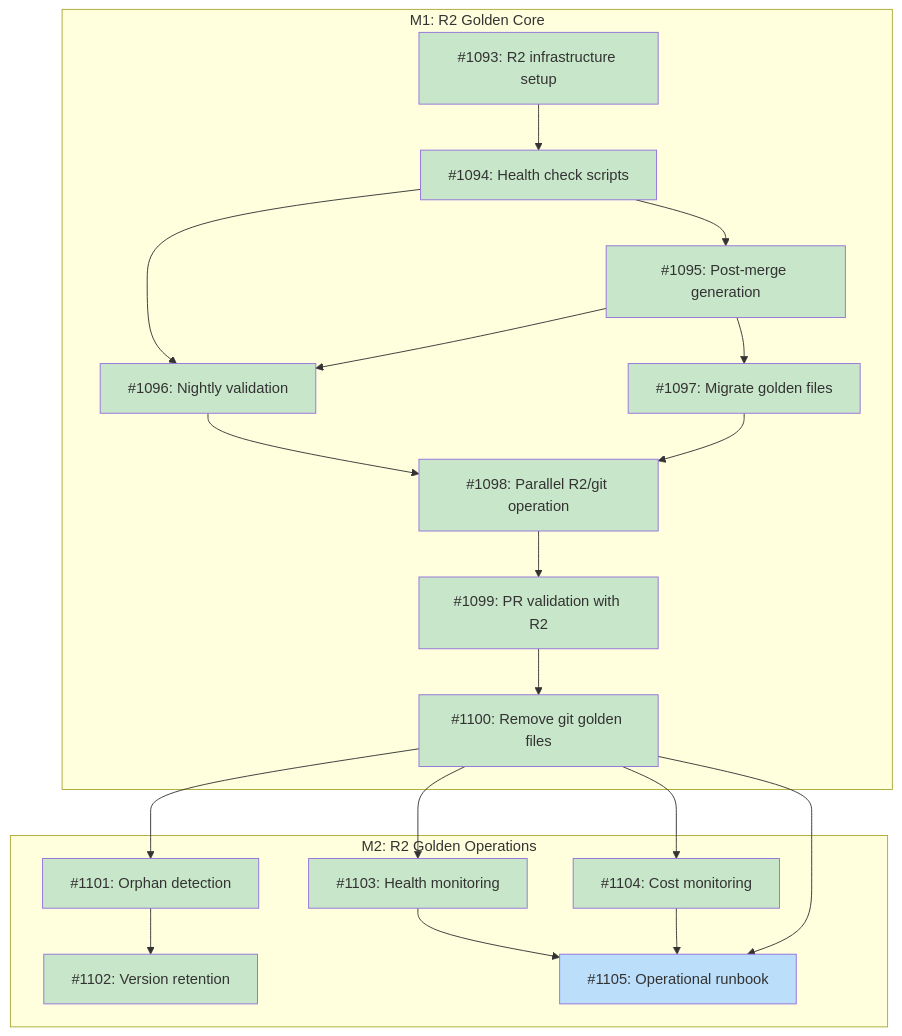
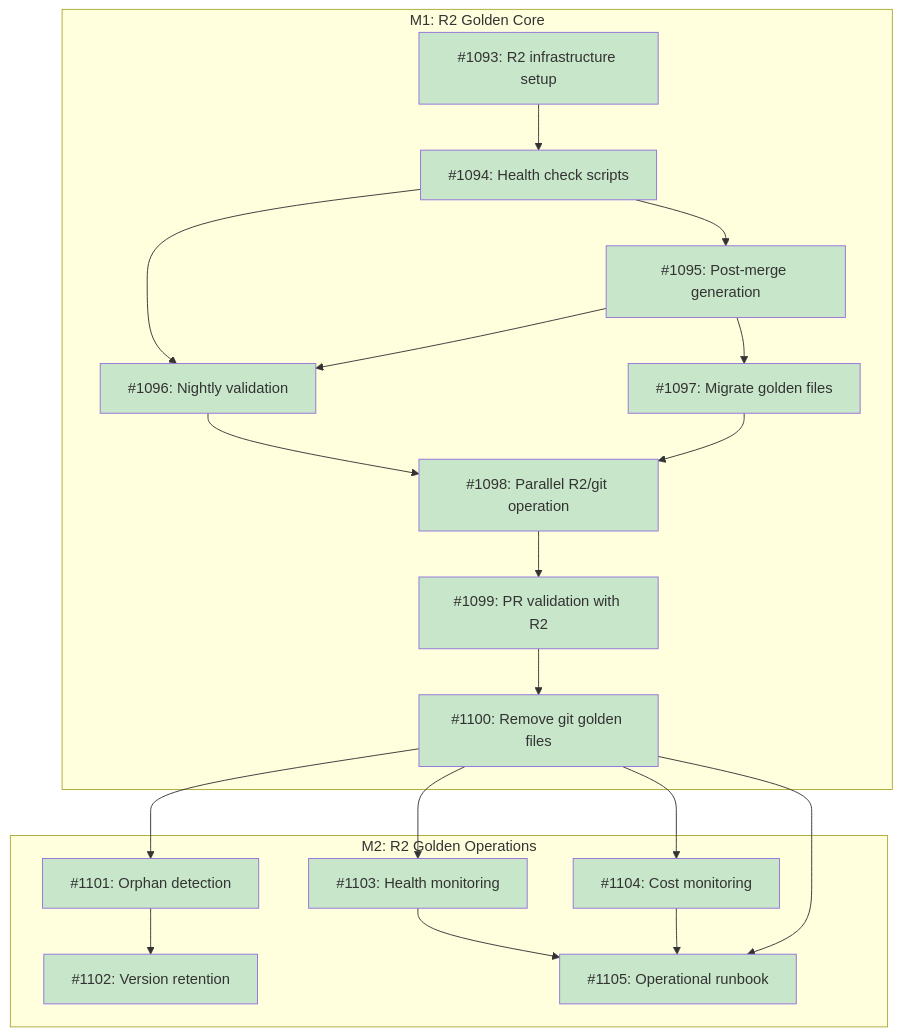
The diagram in docs/designs/DESIGN-r2-golden-storage.md (tsukumogami/tsuku), drawn with Mermaid before and after one commit. The commit also changed 2 other files, not shown here.

Commit message:
docs: create R2 golden files operational runbook (#1145)
Adds comprehensive operational runbook documenting R2 golden storage
procedures including credential rotation, monitoring, troubleshooting,
and degradation response.

The runbook consolidates operational knowledge for the R2 golden storage
system, covering all workflows created in milestone M46 (R2 Golden
Operations).

````diff
--- a/docs/designs/DESIGN-r2-golden-storage.md
+++ b/docs/designs/DESIGN-r2-golden-storage.md
@@ -41,46 +41,45 @@
 ```mermaid
 graph TD
     subgraph M1["M1: R2 Golden Core"]
         I1093["#1093: R2 infrastructure setup"]
         I1094["#1094: Health check scripts"]
         I1095["#1095: Post-merge generation"]
         I1096["#1096: Nightly validation"]
         I1097["#1097: Migrate golden files"]
         I1098["#1098: Parallel R2/git operation"]
         I1099["#1099: PR validation with R2"]
         I1100["#1100: Remove git golden files"]
     end
 
     subgraph M2["M2: R2 Golden Operations"]
         I1101["#1101: Orphan detection"]
         I1102["#1102: Version retention"]
         I1103["#1103: Health monitoring"]
         I1104["#1104: Cost monitoring"]
         I1105["#1105: Operational runbook"]
     end
 
     I1093 --> I1094
     I1094 --> I1095
     I1094 --> I1096
     I1095 --> I1096
     I1095 --> I1097
     I1096 --> I1098
     I1097 --> I1098
     I1098 --> I1099
     I1099 --> I1100
     I1100 --> I1101
     I1101 --> I1102
     I1100 --> I1103
     I1100 --> I1104
     I1103 --> I1105
     I1104 --> I1105
     I1100 --> I1105
 
     classDef done fill:#c8e6c9
     classDef ready fill:#bbdefb
     classDef blocked fill:#fff9c4
     classDef needsDesign fill:#e1bee7
 
-    class I1093,I1094,I1095,I1096,I1097,I1098,I1099,I1100,I1101,I1102,I1103,I1104 done
-    class I1105 ready
+    class I1093,I1094,I1095,I1096,I1097,I1098,I1099,I1100,I1101,I1102,I1103,I1104,I1105 done
 ```
````
